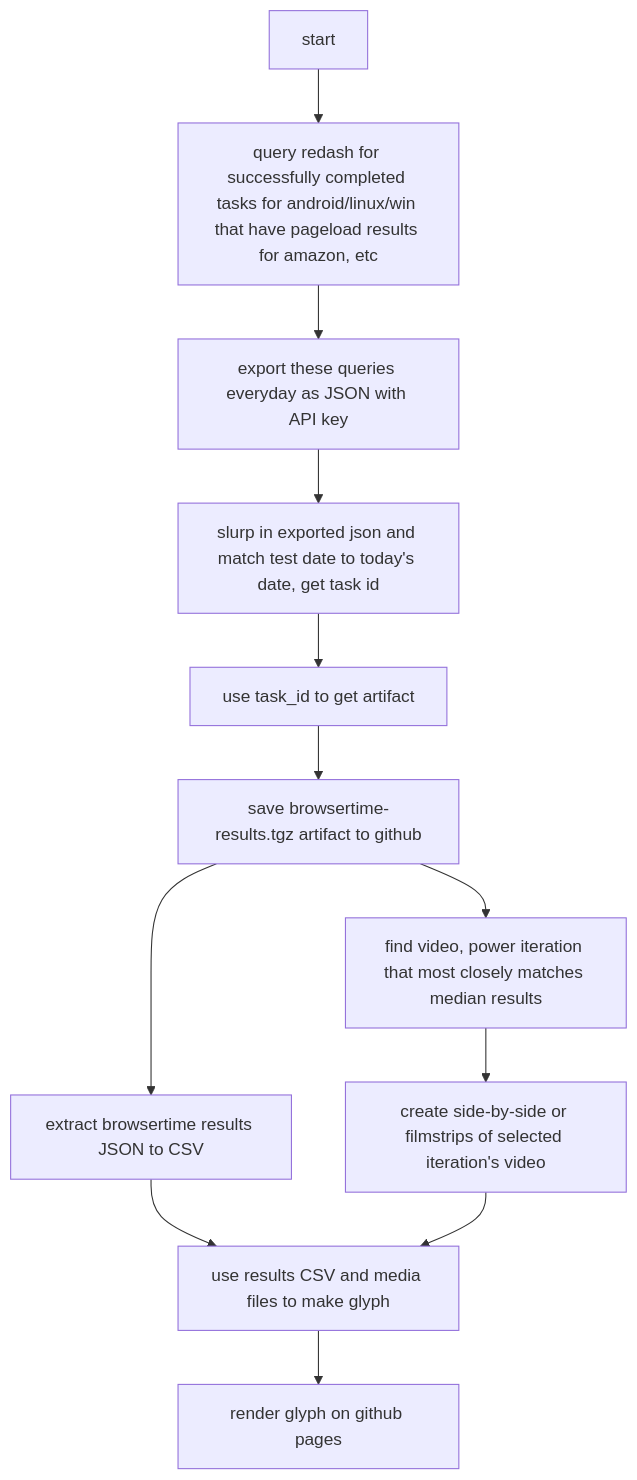
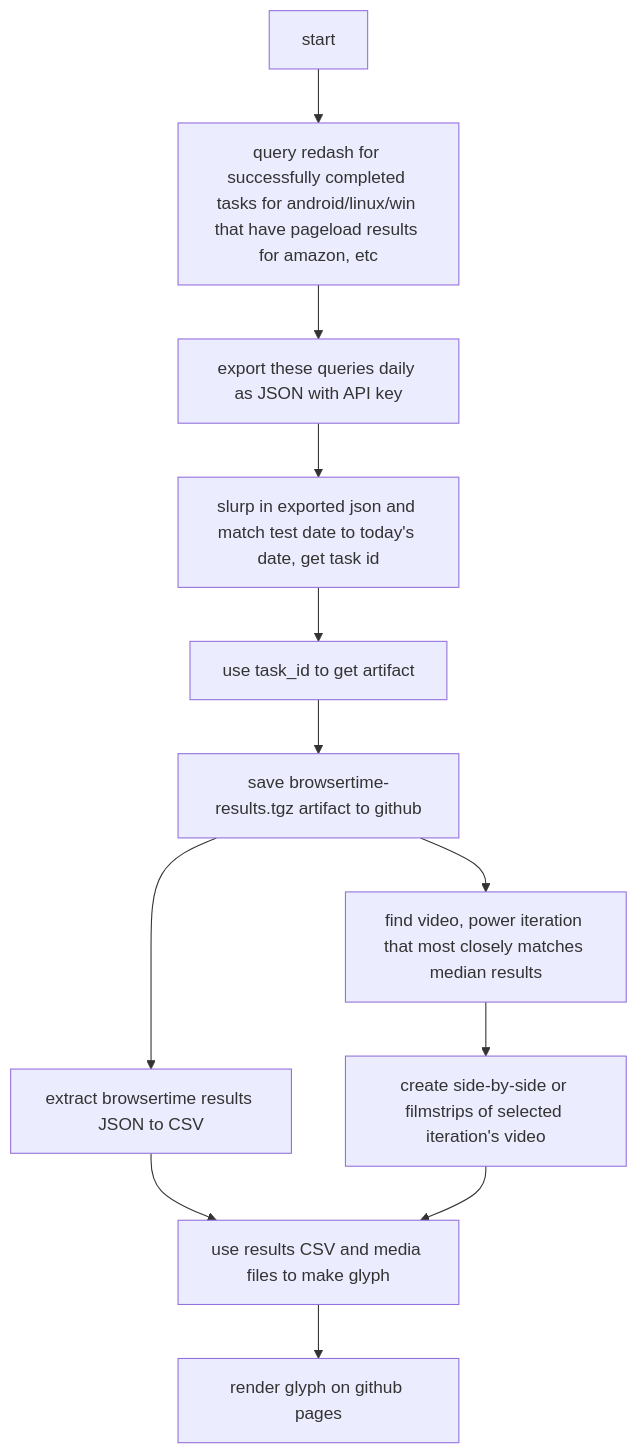
The diagram in docs/process-etl-to-display-flowchart.mmd (bdekoz/mozilla-data-pageload), drawn with Mermaid before and after one commit.

Commit message:
tweak diagram wording

```diff
--- a/docs/process-etl-to-display-flowchart.mmd
+++ b/docs/process-etl-to-display-flowchart.mmd
@@ -1,12 +1,12 @@
 flowchart TB
 	  start --> step1[query redash for successfully completed tasks for android/linux/win that have pageload results for amazon, etc]
-	  step1 --> step2[export these queries everyday as JSON with API key]
+	  step1 --> step2[export these queries daily as JSON with API key]
 	  step2 --> step3[slurp in exported json and match test date to today's date, get task id]
 	  step3 --> step4[use task_id to get artifact]
 	  step4 --> step5[save browsertime-results.tgz artifact to github]
 	  step5 --> step6a[extract browsertime results JSON to CSV]
 	  step5 --> step6b[find video, power iteration that most closely matches median results]
 	  step6b --> step6bb[create side-by-side or filmstrips of selected iteration's video]
 	  step6a --> step7[use results CSV and media files to make glyph]
 	  step6bb --> step7
 	  step7 --> step8[render glyph on github pages]
```
